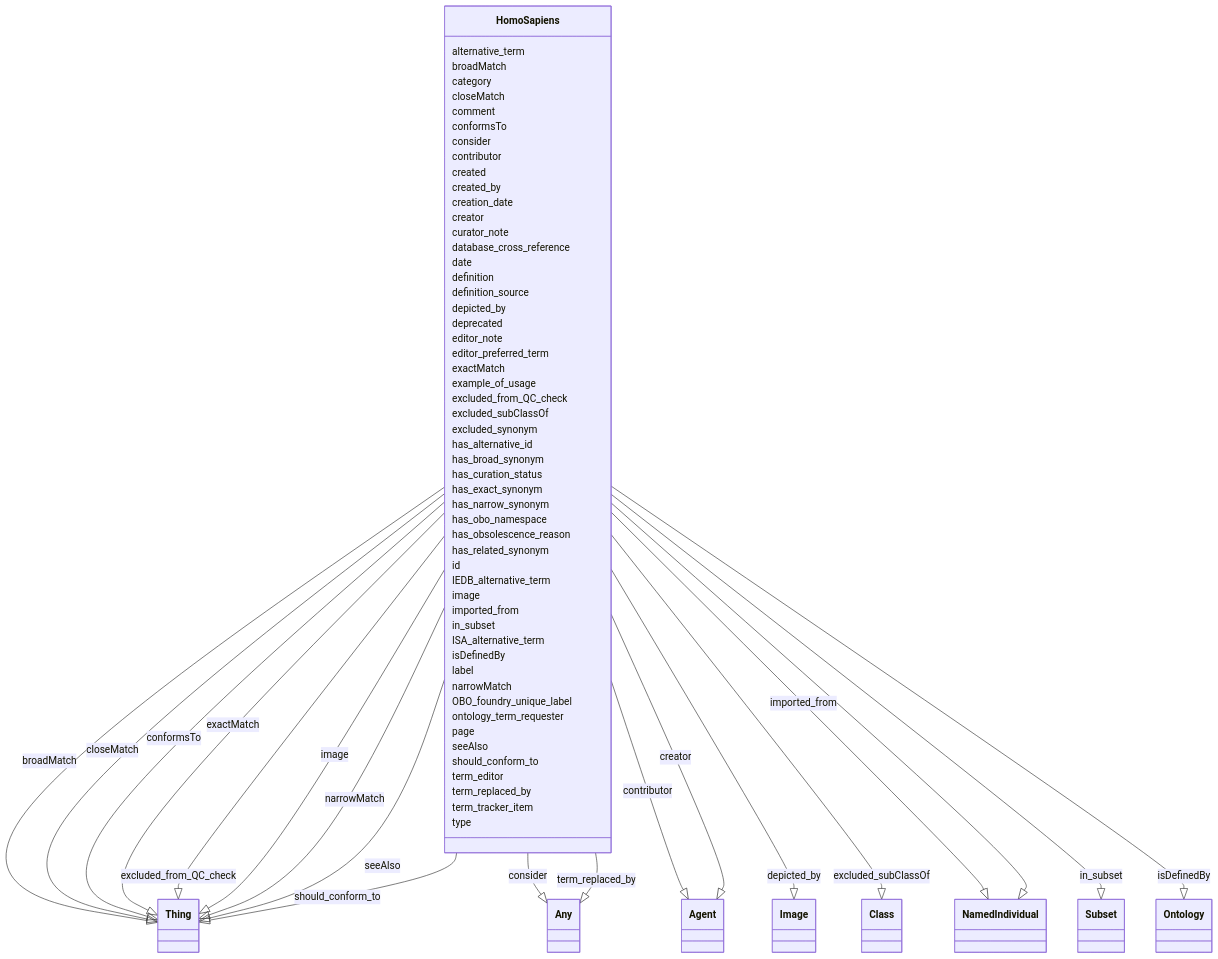
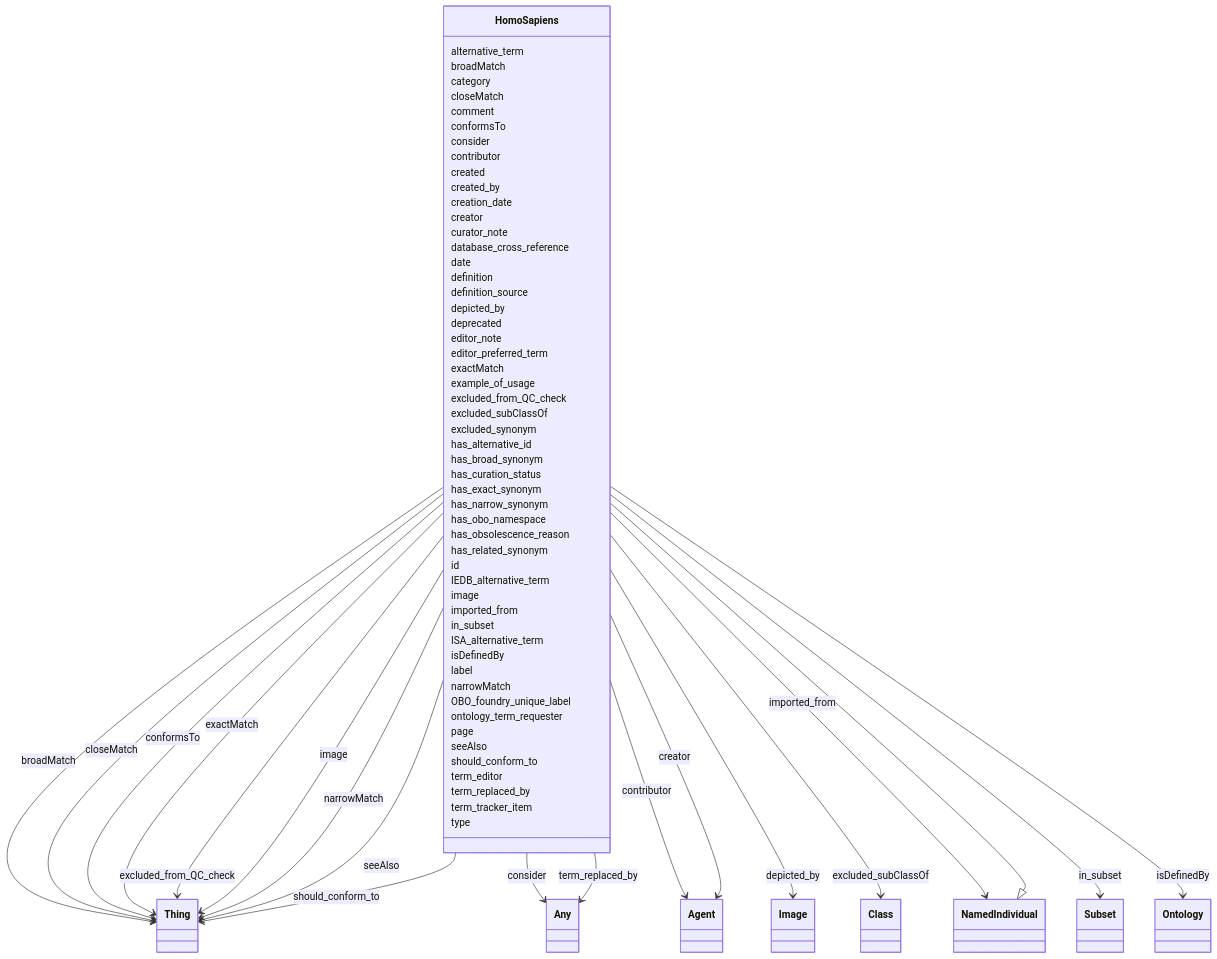
One commit to INCATools/ontology-access-kit changed the diagram in ontology-metadata/HomoSapiens.md. Above: the diagram before and after it, drawn with Mermaid. The commit also changed 389 other files, not shown here.

```diff
--- a/ontology-metadata/HomoSapiens.md
+++ b/ontology-metadata/HomoSapiens.md
@@ -21,27 +21,27 @@
         
       HomoSapiens : broadMatch
         
-          HomoSapiens --|> Thing : broadMatch
+          HomoSapiens --> Thing : broadMatch
         
       HomoSapiens : category
         
       HomoSapiens : closeMatch
         
-          HomoSapiens --|> Thing : closeMatch
+          HomoSapiens --> Thing : closeMatch
         
       HomoSapiens : comment
         
       HomoSapiens : conformsTo
         
-          HomoSapiens --|> Thing : conformsTo
+          HomoSapiens --> Thing : conformsTo
         
       HomoSapiens : consider
         
-          HomoSapiens --|> Any : consider
+          HomoSapiens --> Any : consider
         
       HomoSapiens : contributor
         
-          HomoSapiens --|> Agent : contributor
+          HomoSapiens --> Agent : contributor
         
       HomoSapiens : created
         
@@ -51,7 +51,7 @@
         
       HomoSapiens : creator
         
-          HomoSapiens --|> Agent : creator
+          HomoSapiens --> Agent : creator
         
       HomoSapiens : curator_note
         
@@ -65,7 +65,7 @@
         
       HomoSapiens : depicted_by
         
-          HomoSapiens --|> Image : depicted_by
+          HomoSapiens --> Image : depicted_by
         
       HomoSapiens : deprecated
         
@@ -75,17 +75,17 @@
         
       HomoSapiens : exactMatch
         
-          HomoSapiens --|> Thing : exactMatch
+          HomoSapiens --> Thing : exactMatch
         
       HomoSapiens : example_of_usage
         
       HomoSapiens : excluded_from_QC_check
         
-          HomoSapiens --|> Thing : excluded_from_QC_check
+          HomoSapiens --> Thing : excluded_from_QC_check
         
       HomoSapiens : excluded_subClassOf
         
-          HomoSapiens --|> Class : excluded_subClassOf
+          HomoSapiens --> Class : excluded_subClassOf
         
       HomoSapiens : excluded_synonym
         
@@ -111,27 +111,27 @@
         
       HomoSapiens : image
         
-          HomoSapiens --|> Thing : image
+          HomoSapiens --> Thing : image
         
       HomoSapiens : imported_from
         
-          HomoSapiens --|> NamedIndividual : imported_from
+          HomoSapiens --> NamedIndividual : imported_from
         
       HomoSapiens : in_subset
         
-          HomoSapiens --|> Subset : in_subset
+          HomoSapiens --> Subset : in_subset
         
       HomoSapiens : ISA_alternative_term
         
       HomoSapiens : isDefinedBy
         
-          HomoSapiens --|> Ontology : isDefinedBy
+          HomoSapiens --> Ontology : isDefinedBy
         
       HomoSapiens : label
         
       HomoSapiens : narrowMatch
         
-          HomoSapiens --|> Thing : narrowMatch
+          HomoSapiens --> Thing : narrowMatch
         
       HomoSapiens : OBO_foundry_unique_label
         
@@ -141,17 +141,17 @@
         
       HomoSapiens : seeAlso
         
-          HomoSapiens --|> Thing : seeAlso
+          HomoSapiens --> Thing : seeAlso
         
       HomoSapiens : should_conform_to
         
-          HomoSapiens --|> Thing : should_conform_to
+          HomoSapiens --> Thing : should_conform_to
         
       HomoSapiens : term_editor
         
       HomoSapiens : term_replaced_by
         
-          HomoSapiens --|> Any : term_replaced_by
+          HomoSapiens --> Any : term_replaced_by
         
       HomoSapiens : term_tracker_item
         
```
